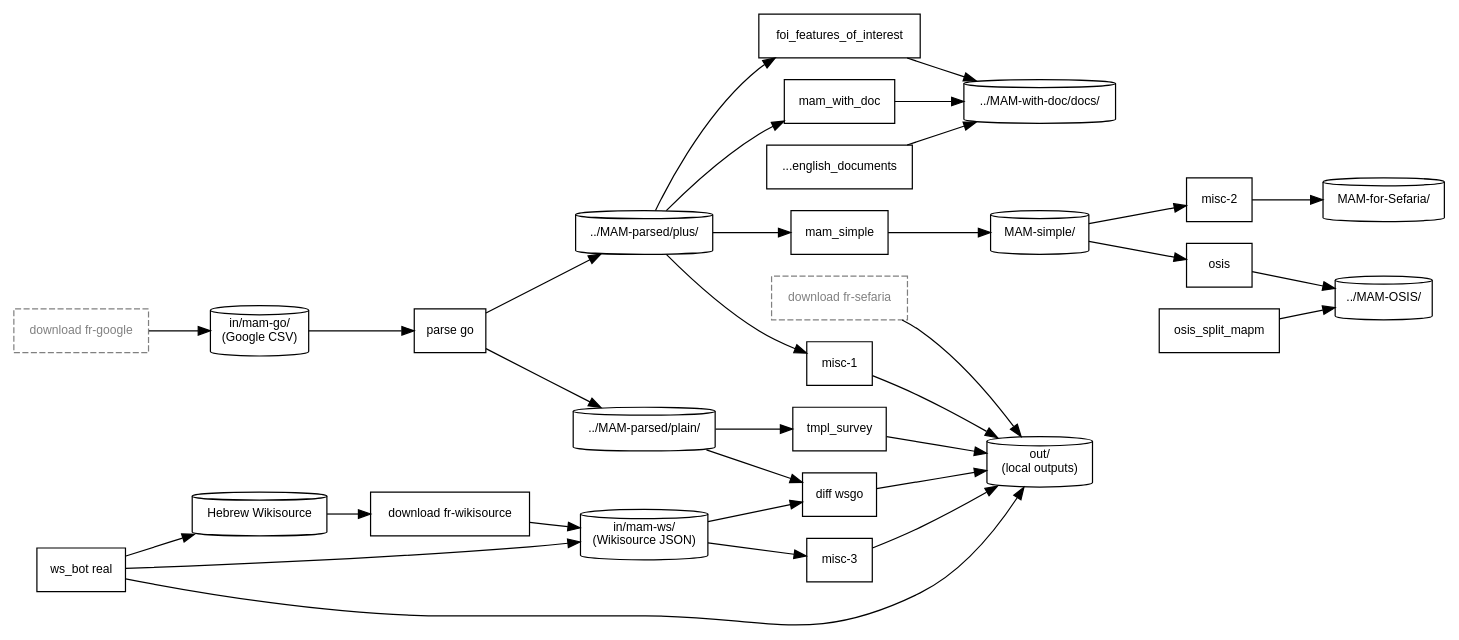
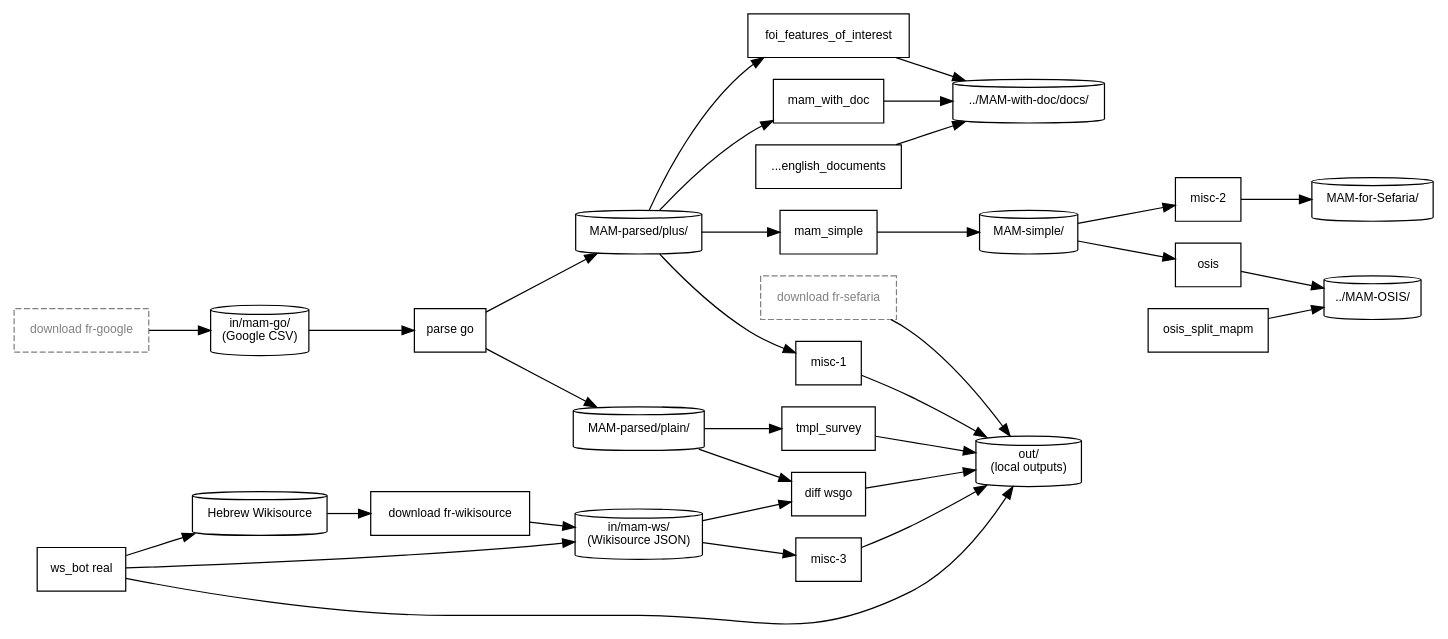
One commit to bdenckla/MAM-basics changed the diagram in doc/process-documentation/pipeline.dot. Above: the diagram before and after it, drawn with Graphviz. The commit also changed 69 other files, not shown here.

First line of the commit message:
Repoint MAM-parsed generation and normal comparisons into MAM-basics

```diff
--- a/doc/process-documentation/pipeline.dot
+++ b/doc/process-documentation/pipeline.dot
@@ -1,92 +1,92 @@
 digraph mam_pipeline {
     // This file was generated by MAM-basics/py/main_pipeline_graph.py.
     // Do not edit by hand; edit py/pipeline_graph/pipeline_graph_spec.py instead.
     graph [comment="This file was generated by MAM-basics/py/main_pipeline_graph.py."];
     // Generated from structured pipeline data.
     rankdir=LR;
     node [fontname="Helvetica", fontsize=10];
     edge [fontname="Helvetica", fontsize=9];
 
     // ── Data stores ──
     node [shape=cylinder];
     ds_go_csv        [label="in/mam-go/\n(Google CSV)"];
-    ds_parsed_plus   [label="../MAM-parsed/plus/"];
-    ds_parsed_plain  [label="../MAM-parsed/plain/"];
+    ds_parsed_plus   [label="MAM-parsed/plus/"];
+    ds_parsed_plain  [label="MAM-parsed/plain/"];
     ds_ws            [label="in/mam-ws/\n(Wikisource JSON)"];
     src_ws_live      [label="Hebrew Wikisource"];
     ds_simple        [label="MAM-simple/"];
     ds_with_doc      [label="../MAM-with-doc/docs/"];
     ds_sefaria       [label="MAM-for-Sefaria/"];
     ds_osis          [label="../MAM-OSIS/"];
     ds_out           [label="out/\n(local outputs)"];
 
     // ── External prerequisites (not part of _STEPS) ──
     node [shape=box, style=dashed, color=gray, fontcolor=gray];
     download_go      [label="download fr-google"];
     download_sef     [label="download fr-sefaria"];
     download_ws      [label="download fr-wikisource", style="", color="", fontcolor=""];
 
     // ── Pipeline steps ──
     node [shape=box, style="", color="", fontcolor=""];
     parse_go         [label="parse go"];
     foi              [label="foi_features_of_interest"];
     mam_with_doc     [label="mam_with_doc"];
     tmpl_survey      [label="tmpl_survey"];
     mam_simple       [label="mam_simple"];
     misc_2           [label="misc-2"];
     osis             [label="osis"];
     misc_1           [label="misc-1", tooltip="decnreub\nmultimark\nwordlist\nexplicit_xataf\ndiff ctr-vs-mam"];
     diff_wsgo        [label="diff wsgo"];
     misc_3           [label="misc-3", tooltip="parse ws\nws_bot proto"];
     ws_bot           [label="ws_bot real"];
     gen_docs         [label="...english_documents"];
     osis_split       [label="osis_split_mapm"];
 
     // ── Edges ──
 
     // Google pipeline
     download_go     -> ds_go_csv;
     ds_go_csv       -> parse_go;
     parse_go        -> ds_parsed_plus;
     parse_go        -> ds_parsed_plain;
 
     // MAM-parsed consumers
     ds_parsed_plus  -> foi;
     ds_parsed_plus  -> mam_with_doc;
     ds_parsed_plus  -> mam_simple;
     ds_parsed_plus  -> misc_1;
     ds_parsed_plain -> tmpl_survey;
     ds_parsed_plain -> diff_wsgo;
 
     // MAM-with-doc outputs
     foi             -> ds_with_doc;
     mam_with_doc    -> ds_with_doc;
     gen_docs        -> ds_with_doc;
 
     // MAM-simple pipeline
     mam_simple      -> ds_simple;
     ds_simple       -> misc_2;
     ds_simple       -> osis;
     misc_2          -> ds_sefaria;
     osis            -> ds_osis;
     osis_split      -> ds_osis;
 
     // Local out/ outputs
     tmpl_survey     -> ds_out;
     misc_1          -> ds_out;
     diff_wsgo       -> ds_out;
     misc_3          -> ds_out;
 
     // Wikisource pipeline
     src_ws_live     -> download_ws;
     download_ws     -> ds_ws;
     ds_ws           -> diff_wsgo;
     ds_ws           -> misc_3;
     ws_bot          -> src_ws_live;
     ws_bot          -> ds_ws;
     ws_bot          -> ds_out [tooltip="via automatic post-download reparse"];
 
     // Sefaria download (standalone)
     download_sef    -> ds_out;
 
 }
```
